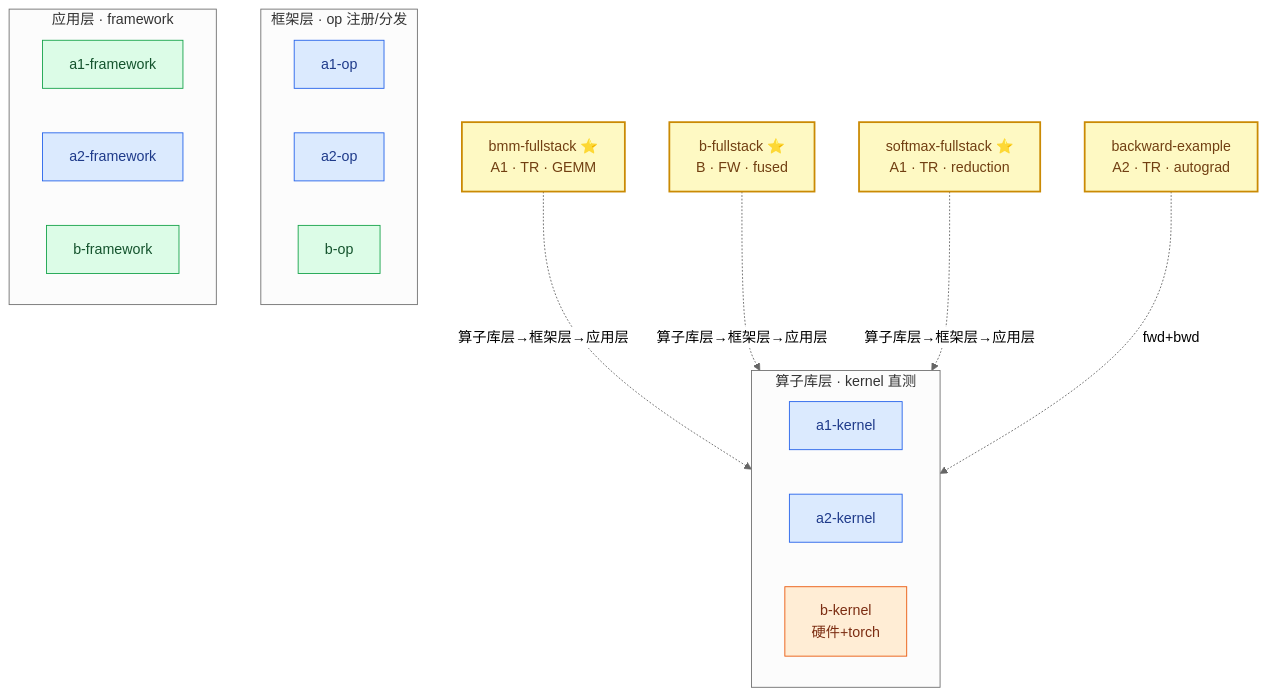
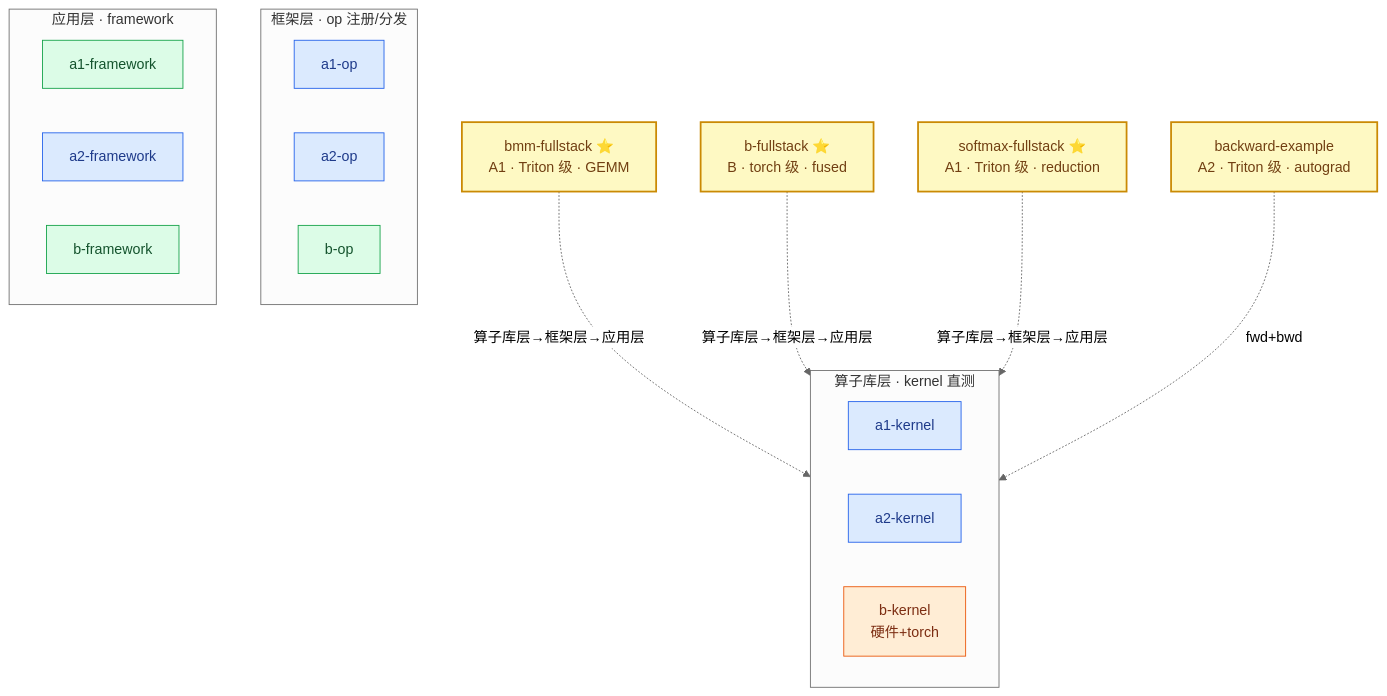
Before and after one commit to FLAG-OP/FlagOS-OP: the diagram in examples/README.md, drawn with Mermaid (neutral theme). The commit also changed 2 other files, not shown here.

Commit message:
audit: 图表全面终检——修复最后一批残留
- examples/README 定位图: 4 个全链路节点标签 TR/FW→Triton 级/torch 级;
  CSS 类名 tr/fw/hw→tr_level/torch_level/hw_level
- docs/index.md ASCII 体系图: 'TR 开发层级'→'Triton 级'; 'FW/HW'→'torch 级/硬件级'
- docs/architecture.md: 恢复丢失的物理栈 mermaid 图; 修复 aten 术语注格式;
  全链路范本 2→4 个; 路线表列名'典型 kernel 层级'→'典型开发级别'

````diff
--- a/examples/README.md
+++ b/examples/README.md
@@ -8,36 +8,36 @@
 ```mermaid
 flowchart TB
-    classDef tr fill:#dbeafe,stroke:#2563eb,color:#1e3a8a
-    classDef fw fill:#dcfce7,stroke:#16a34a,color:#14532d
-    classDef hw fill:#ffedd5,stroke:#ea580c,color:#7c2d12
+    classDef tr_level fill:#dbeafe,stroke:#2563eb,color:#1e3a8a
+    classDef torch_level fill:#dcfce7,stroke:#16a34a,color:#14532d
+    classDef hw_level fill:#ffedd5,stroke:#ea580c,color:#7c2d12
     classDef fs fill:#fef9c3,stroke:#ca8a04,stroke-width:2px,color:#713f12
 
     subgraph L0["算子库层 · kernel 直测"]
         direction LR
-        A1K["a1-kernel"]:::tr
-        A2K["a2-kernel"]:::tr
-        BK["b-kernel<br/>硬件+torch"]:::hw
+        A1K["a1-kernel"]:::tr_level
+        A2K["a2-kernel"]:::tr_level
+        BK["b-kernel<br/>硬件+torch"]:::hw_level
     end
     subgraph L2["框架层 · op 注册/分发"]
         direction LR
-        A1O["a1-op"]:::tr
-        A2O["a2-op"]:::tr
-        BO["b-op"]:::fw
+        A1O["a1-op"]:::tr_level
+        A2O["a2-op"]:::tr_level
+        BO["b-op"]:::torch_level
     end
     subgraph L4["应用层 · framework"]
         direction LR
-        A1F["a1-framework"]:::fw
-        A2F["a2-framework"]:::tr
-        BF["b-framework"]:::fw
+        A1F["a1-framework"]:::torch_level
+        A2F["a2-framework"]:::tr_level
+        BF["b-framework"]:::torch_level
     end
 
-    BMM["bmm-fullstack ⭐<br/>A1 · TR · GEMM"]:::fs
-    BFS["b-fullstack ⭐<br/>B · FW · fused"]:::fs
-    SMX["softmax-fullstack ⭐<br/>A1 · TR · reduction"]:::fs
-    BWD["backward-example<br/>A2 · TR · autograd"]:::fs
+    BMM["bmm-fullstack ⭐<br/>A1 · Triton 级 · GEMM"]:::fs
+    BFS["b-fullstack ⭐<br/>B · torch 级 · fused"]:::fs
+    SMX["softmax-fullstack ⭐<br/>A1 · Triton 级 · reduction"]:::fs
+    BWD["backward-example<br/>A2 · Triton 级 · autograd"]:::fs
 
     BMM -. "算子库层→框架层→应用层" .-> A1K
     BFS -. "算子库层→框架层→应用层" .-> BK
     SMX -. "算子库层→框架层→应用层" .-> A1K
     BWD -. "fwd+bwd" .-> A2K
 ```
````
